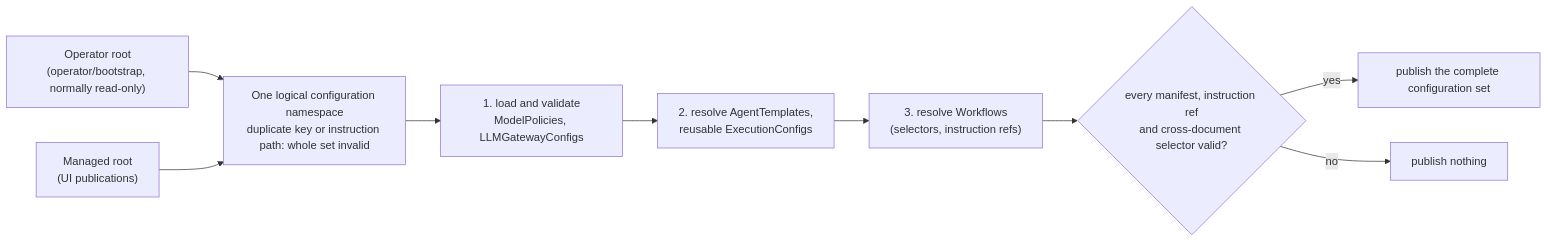
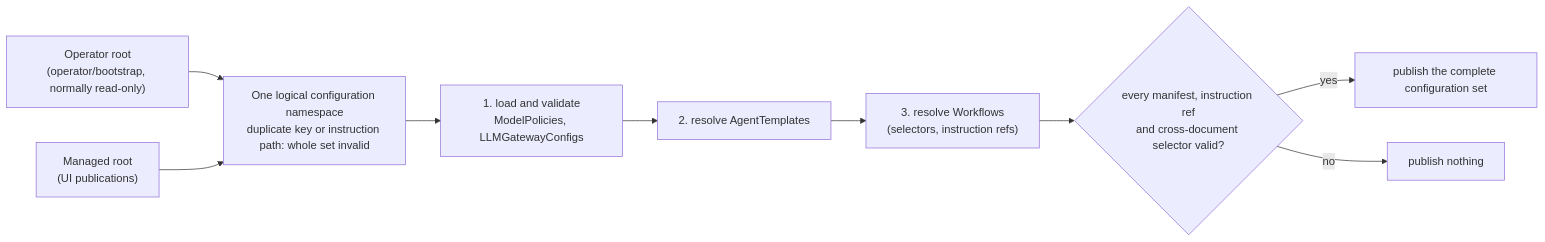
Before and after one commit to grauwolf32/contractor: the first of 3 diagrams in docs/spec/configuration/catalog.md, drawn with Mermaid. The commit also changed other lines of this file and 96 other files, not shown here.

````diff
--- a/docs/spec/configuration/catalog.md
+++ b/docs/spec/configuration/catalog.md
@@ -85,11 +84,11 @@
 ```mermaid
 flowchart LR
   OP["Operator root<br/>(operator/bootstrap, normally read-only)"] --> NS
   MG["Managed root<br/>(UI publications)"] --> NS
   NS["One logical configuration namespace<br/>duplicate key or instruction path: whole set invalid"] --> L1
   L1["1. load and validate<br/>ModelPolicies, LLMGatewayConfigs"] --> L2
-  L2["2. resolve AgentTemplates,<br/>reusable ExecutionConfigs"] --> L3
+  L2["2. resolve AgentTemplates"] --> L3
   L3["3. resolve Workflows<br/>(selectors, instruction refs)"] --> V{"every manifest, instruction ref<br/>and cross-document selector valid?"}
   V -- yes --> P["publish the complete configuration set"]
   V -- no --> N["publish nothing"]
 ```
````
